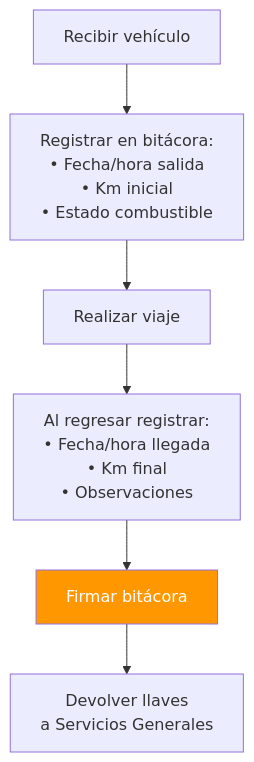
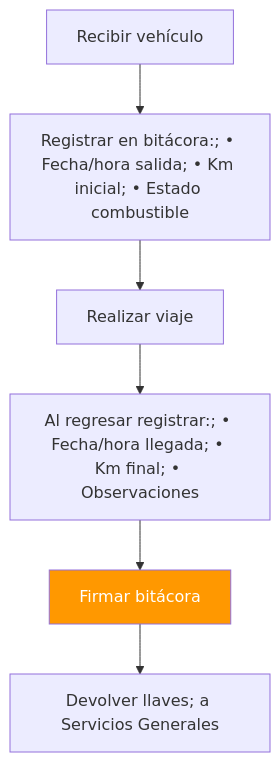
One commit to felix-antonio-sl/kora changed the fourth of 7 diagrams in drafts/gn/bpmn/bpmn-d06-flota-vehicular.md. Above: the diagram before and after it, drawn with Mermaid. The commit also changed other lines of this file and 265 other files, not shown here.

````diff
--- a/drafts/gn/bpmn/bpmn-d06-flota-vehicular.md
+++ b/drafts/gn/bpmn/bpmn-d06-flota-vehicular.md
@@ -128,9 +135,10 @@
 ```mermaid
 flowchart TD
-    A["Recibir vehículo"] --> B["Registrar en bitácora:<br/>• Fecha/hora salida<br/>• Km inicial<br/>• Estado combustible"]
-    B --> C["Realizar viaje"]
-    C --> D["Al regresar registrar:<br/>• Fecha/hora llegada<br/>• Km final<br/>• Observaciones"]
-    D --> E["Firmar bitácora"]
-    E --> F["Devolver llaves<br/>a Servicios Generales"]
-    style E fill:#FF9800,color:#fff
+ A["Recibir vehículo"] --> B["Registrar en bitácora:; • Fecha/hora salida; • Km inicial; • Estado combustible"]
+ B --> C["Realizar viaje"]
+ C --> D["Al regresar registrar:; • Fecha/hora llegada; • Km final; • Observaciones"]
+ D --> E["Firmar bitácora"]
+ E --> F["Devolver llaves; a Servicios Generales"]
+
+ style E fill:#FF9800,color:#fff
 ```
````
